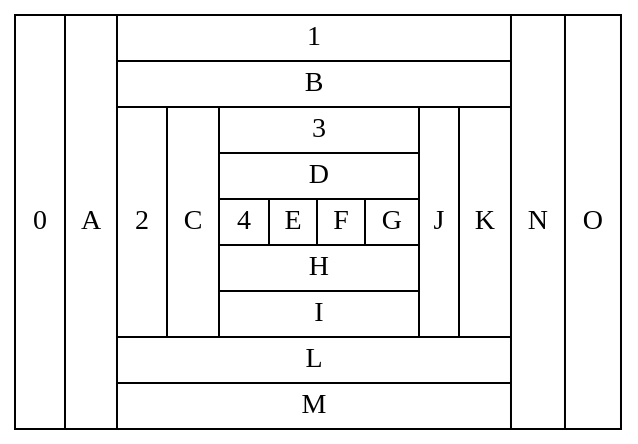
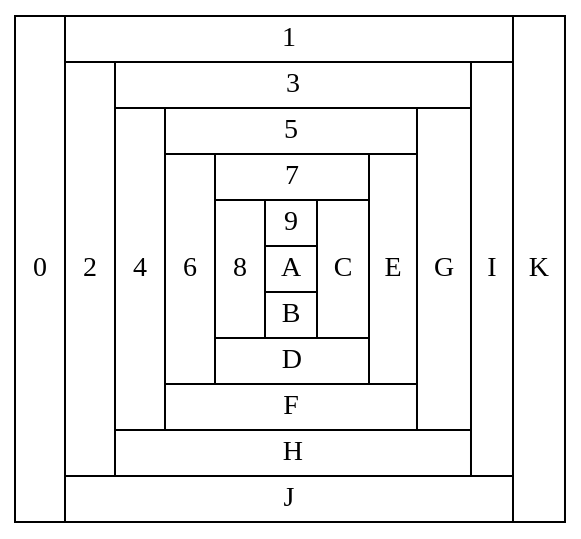
Before and after one commit to larryhou/Slides: diagram 15 of 20 in graphviz/index.md, drawn with Graphviz. The commit also changed 3 other files, not shown here.

````diff
--- a/graphviz/index.md
+++ b/graphviz/index.md
@@ -371,10 +371,11 @@
 ```dot
 digraph 
 {
 	bgcolor=transparent;
 	node [shape=record, 
-        fontname="Baskerville"];
+        fontname="Fira Code"];
 	table [shape=record,
-        label="0|A|{1|B|{2|C|{3|D|{4|E|F|G}|H|I}|J|K}|L|M}|N|O"];
+        label="0|{1|{2|{3|{4|{5|{6|{7|{8|
+        {9|A|B}|C}|D}|E}|F}|G}|H}|I}|J}|K"];
 }
 ```
````
